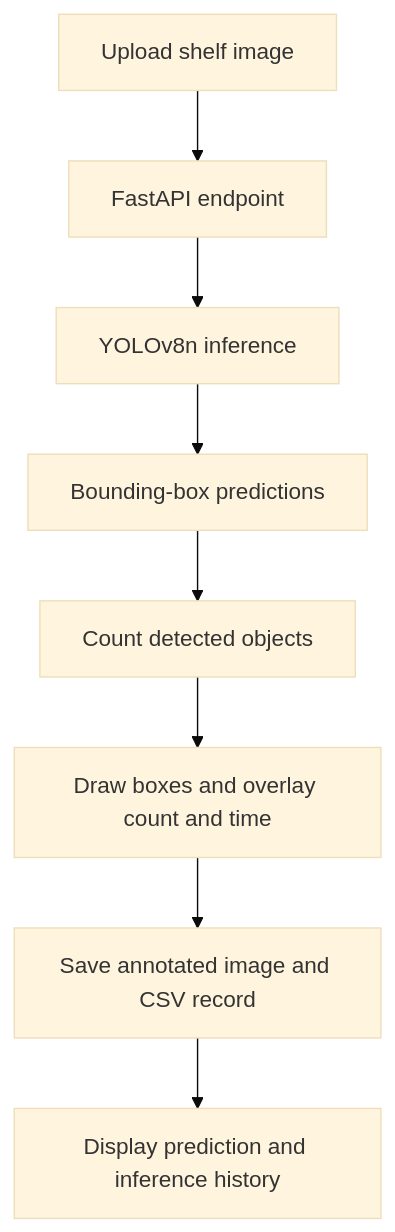
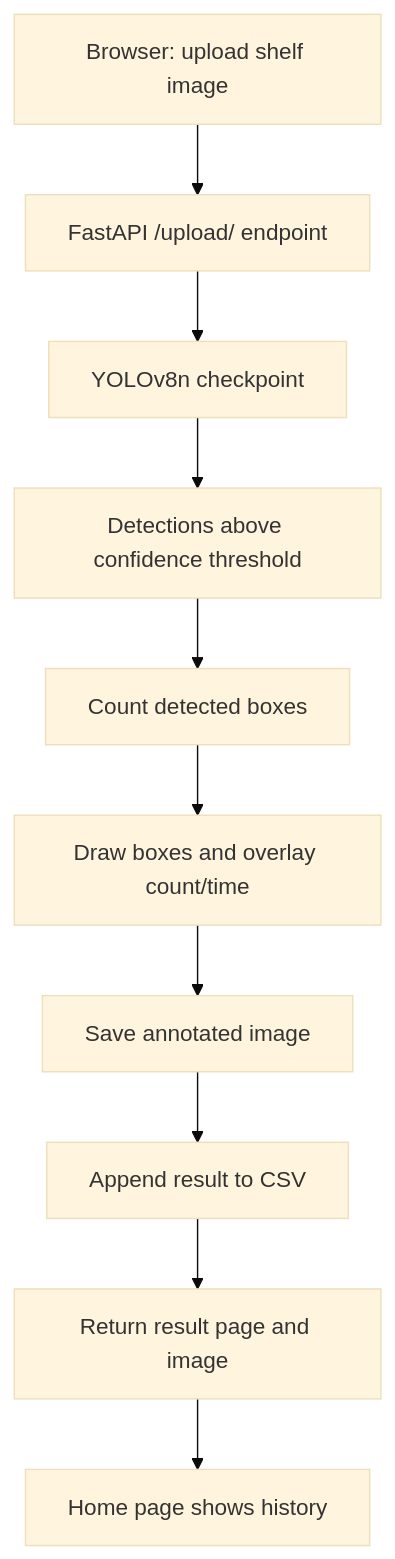
One commit to Htet-ThuAung/sku110k-yolov8-shelf-detector changed the diagram in README.md. Above: the diagram before and after it, drawn with Mermaid (base theme). The commit also changed other lines of this file, not shown here.

Commit message:
Improve ShelfSense project documentation

````diff
--- a/README.md
+++ b/README.md
@@ -72,10 +58,12 @@
 ```mermaid
 flowchart TD
-    A[Upload shelf image] --> B[FastAPI endpoint]
-    B --> C[YOLOv8n inference]
-    C --> D[Bounding-box predictions]
-    D --> E[Count detected objects]
-    E --> F[Draw boxes and overlay count and time]
-    F --> G[Save annotated image and CSV record]
-    G --> H[Display prediction and inference history]
+    A[Browser: upload shelf image] --> B[FastAPI /upload/ endpoint]
+    B --> C[YOLOv8n checkpoint]
+    C --> D[Detections above confidence threshold]
+    D --> E[Count detected boxes]
+    E --> F[Draw boxes and overlay count/time]
+    F --> G[Save annotated image]
+    G --> H[Append result to CSV]
+    H --> I[Return result page and image]
+    I --> J[Home page shows history]
 ```
````
